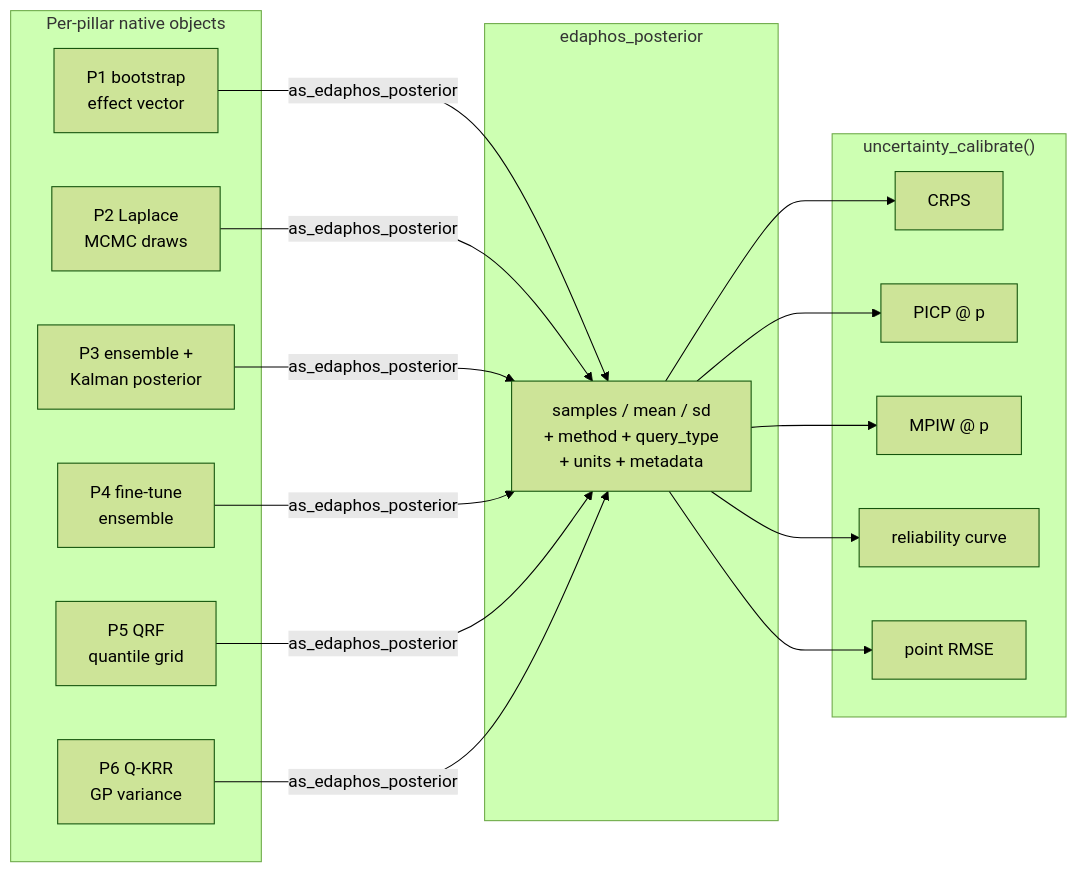
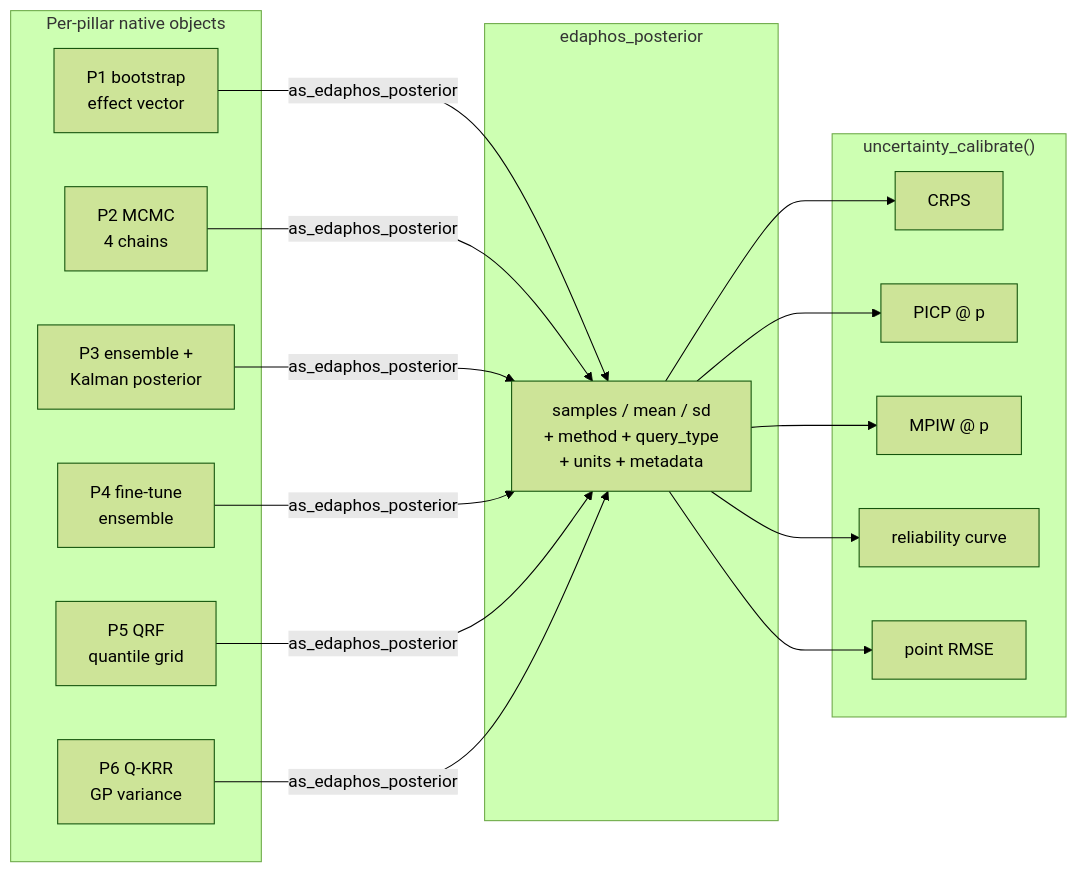
One commit to HugoMachadoRodrigues/edaphos changed the third of 3 diagrams in README.md. Above: the diagram before and after it, drawn with Mermaid (forest theme). The commit also changed other lines of this file and 8 other files, not shown here.

````diff
--- a/README.md
+++ b/README.md
@@ -1878,33 +1880,33 @@
 ```mermaid
 flowchart LR
     subgraph NATIVE["Per-pillar native objects"]
         N1[P1 bootstrap<br/>effect vector]
-        N2[P2 Laplace<br/>MCMC draws]
+        N2[P2 MCMC<br/>4 chains]
         N3[P3 ensemble +<br/>Kalman posterior]
         N4[P4 fine-tune<br/>ensemble]
         N5[P5 QRF<br/>quantile grid]
         N6[P6 Q-KRR<br/>GP variance]
     end
     subgraph UNI["edaphos_posterior"]
         ADAPT["samples / mean / sd<br/>+ method + query_type<br/>+ units + metadata"]
     end
     subgraph DIAG["uncertainty_calibrate()"]
         CRPS["CRPS"]
         PICP["PICP @ p"]
         MPIW["MPIW @ p"]
         REL["reliability curve"]
         RMSE["point RMSE"]
     end
 
     N1 -->|as_edaphos_posterior| ADAPT
     N2 -->|as_edaphos_posterior| ADAPT
     N3 -->|as_edaphos_posterior| ADAPT
     N4 -->|as_edaphos_posterior| ADAPT
     N5 -->|as_edaphos_posterior| ADAPT
     N6 -->|as_edaphos_posterior| ADAPT
     ADAPT --> CRPS
     ADAPT --> PICP
     ADAPT --> MPIW
     ADAPT --> REL
     ADAPT --> RMSE
 ```
````
